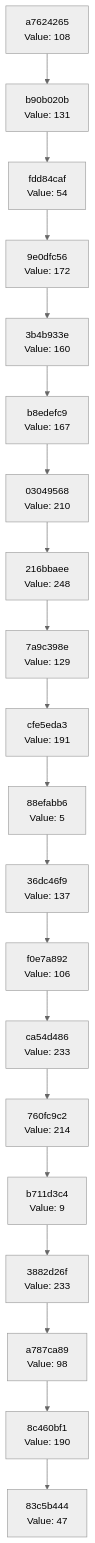
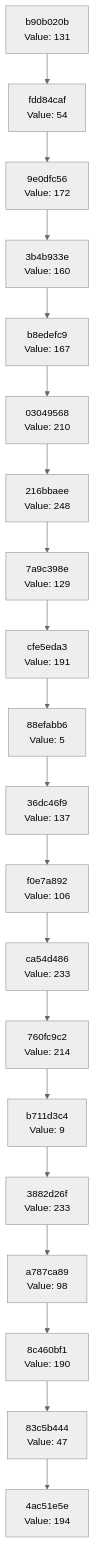
One commit to Abhisheksinha1506/hash-chain-evolver changed the diagram in docs/CHAIN_VISUALIZATION.md. Above: the diagram before and after it, drawn with Mermaid (neutral theme). The commit also changed 3 other files, not shown here.

````diff
--- a/docs/CHAIN_VISUALIZATION.md
+++ b/docs/CHAIN_VISUALIZATION.md
@@ -3,42 +3,42 @@
 ```mermaid
 graph TD
-    C0["83c5b444<br/>Value: 47"]
-    C1["8c460bf1<br/>Value: 190"]
+    C0["4ac51e5e<br/>Value: 194"]
+    C1["83c5b444<br/>Value: 47"]
     C1 --> C0
-    C2["a787ca89<br/>Value: 98"]
+    C2["8c460bf1<br/>Value: 190"]
     C2 --> C1
-    C3["3882d26f<br/>Value: 233"]
+    C3["a787ca89<br/>Value: 98"]
     C3 --> C2
-    C4["b711d3c4<br/>Value: 9"]
+    C4["3882d26f<br/>Value: 233"]
     C4 --> C3
-    C5["760fc9c2<br/>Value: 214"]
+    C5["b711d3c4<br/>Value: 9"]
     C5 --> C4
-    C6["ca54d486<br/>Value: 233"]
+    C6["760fc9c2<br/>Value: 214"]
     C6 --> C5
-    C7["f0e7a892<br/>Value: 106"]
+    C7["ca54d486<br/>Value: 233"]
     C7 --> C6
-    C8["36dc46f9<br/>Value: 137"]
+    C8["f0e7a892<br/>Value: 106"]
     C8 --> C7
-    C9["88efabb6<br/>Value: 5"]
+    C9["36dc46f9<br/>Value: 137"]
     C9 --> C8
-    C10["cfe5eda3<br/>Value: 191"]
+    C10["88efabb6<br/>Value: 5"]
     C10 --> C9
-    C11["7a9c398e<br/>Value: 129"]
+    C11["cfe5eda3<br/>Value: 191"]
     C11 --> C10
-    C12["216bbaee<br/>Value: 248"]
+    C12["7a9c398e<br/>Value: 129"]
     C12 --> C11
-    C13["03049568<br/>Value: 210"]
+    C13["216bbaee<br/>Value: 248"]
     C13 --> C12
-    C14["b8edefc9<br/>Value: 167"]
+    C14["03049568<br/>Value: 210"]
     C14 --> C13
-    C15["3b4b933e<br/>Value: 160"]
+    C15["b8edefc9<br/>Value: 167"]
     C15 --> C14
-    C16["9e0dfc56<br/>Value: 172"]
+    C16["3b4b933e<br/>Value: 160"]
     C16 --> C15
-    C17["fdd84caf<br/>Value: 54"]
+    C17["9e0dfc56<br/>Value: 172"]
     C17 --> C16
-    C18["b90b020b<br/>Value: 131"]
+    C18["fdd84caf<br/>Value: 54"]
     C18 --> C17
-    C19["a7624265<br/>Value: 108"]
+    C19["b90b020b<br/>Value: 131"]
     C19 --> C18
 ```
````
